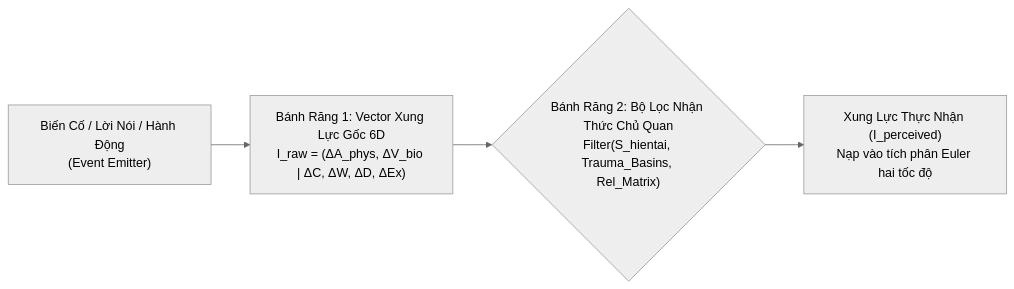
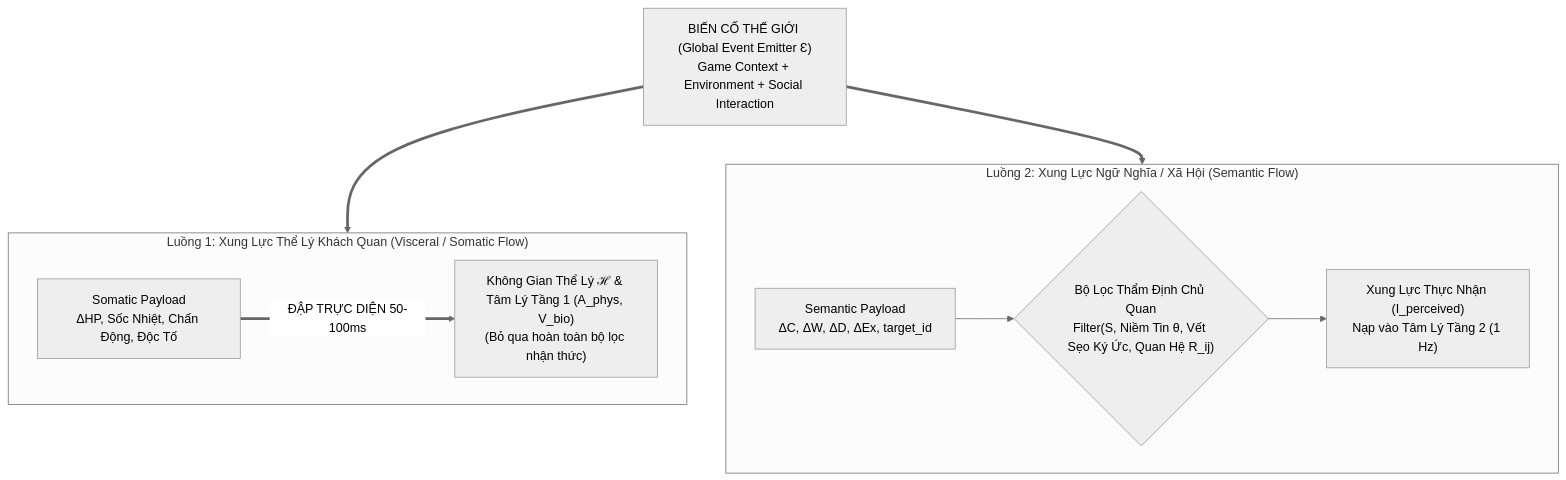
The third of 4 diagrams in Thiet-Ke-Game-Mo-Phong-Tam-Ly-Emergence.md (HeldenChill/Researchs), drawn with Mermaid (neutral theme) before and after one commit. The commit also changed other lines of this file and 6 other files, not shown here.

Commit message:
docs: ratify master 6-space unified architecture for Project Anima

````diff
--- a/Thiet-Ke-Game-Mo-Phong-Tam-Ly-Emergence.md
+++ b/Thiet-Ke-Game-Mo-Phong-Tam-Ly-Emergence.md
@@ -188,6 +267,18 @@
 ```mermaid
-flowchart LR
-    Event["Biến Cố / Lời Nói / Hành Động<br/>(Event Emitter)"] --> Raw["Bánh Răng 1: Vector Xung Lực Gốc 6D<br/>I_raw = (ΔA_phys, ΔV_bio | ΔC, ΔW, ΔD, ΔEx)"]
-    Raw --> Filter{"Bánh Răng 2: Bộ Lọc Nhận Thức Chủ Quan<br/>Filter(S_hientai, Trauma_Basins, Rel_Matrix)"}
-    Filter --> Final["Xung Lực Thực Nhận (I_perceived)<br/>Nạp vào tích phân Euler hai tốc độ"]
+flowchart TD
+    Event["BIẾN CỐ THẾ GIỚI (Global Event Emitter Ɛ)<br/>Game Context + Environment + Social Interaction"]
+    
+    subgraph SOMATIC_BRANCH["Luồng 1: Xung Lực Thể Lý Khách Quan (Visceral / Somatic Flow)"]
+        Raw_Som["Somatic Payload<br/>ΔHP, Sốc Nhiệt, Chấn Động, Độc Tố"]
+        Raw_Som ==>|ĐẬP TRỰC DIỆN 50-100ms| Somatic_Space["Không Gian Thể Lý ℋ & Tâm Lý Tầng 1 (A_phys, V_bio)<br/>(Bỏ qua hoàn toàn bộ lọc nhận thức)"]
+    end
+
+    subgraph SEMANTIC_BRANCH["Luồng 2: Xung Lực Ngữ Nghĩa / Xã Hội (Semantic Flow)"]
+        Raw_Sem["Semantic Payload<br/>ΔC, ΔW, ΔD, ΔEx, target_id"]
+        Raw_Sem --> Filter{"Bộ Lọc Thẩm Định Chủ Quan<br/>Filter(S, Niềm Tin θ, Vết Sẹo Ký Ức, Quan Hệ R_ij)"}
+        Filter --> Perceived["Xung Lực Thực Nhận (I_perceived)<br/>Nạp vào Tâm Lý Tầng 2 (1 Hz)"]
+    end
+
+    Event ==> SOMATIC_BRANCH
+    Event ==> SEMANTIC_BRANCH
 ```
````
